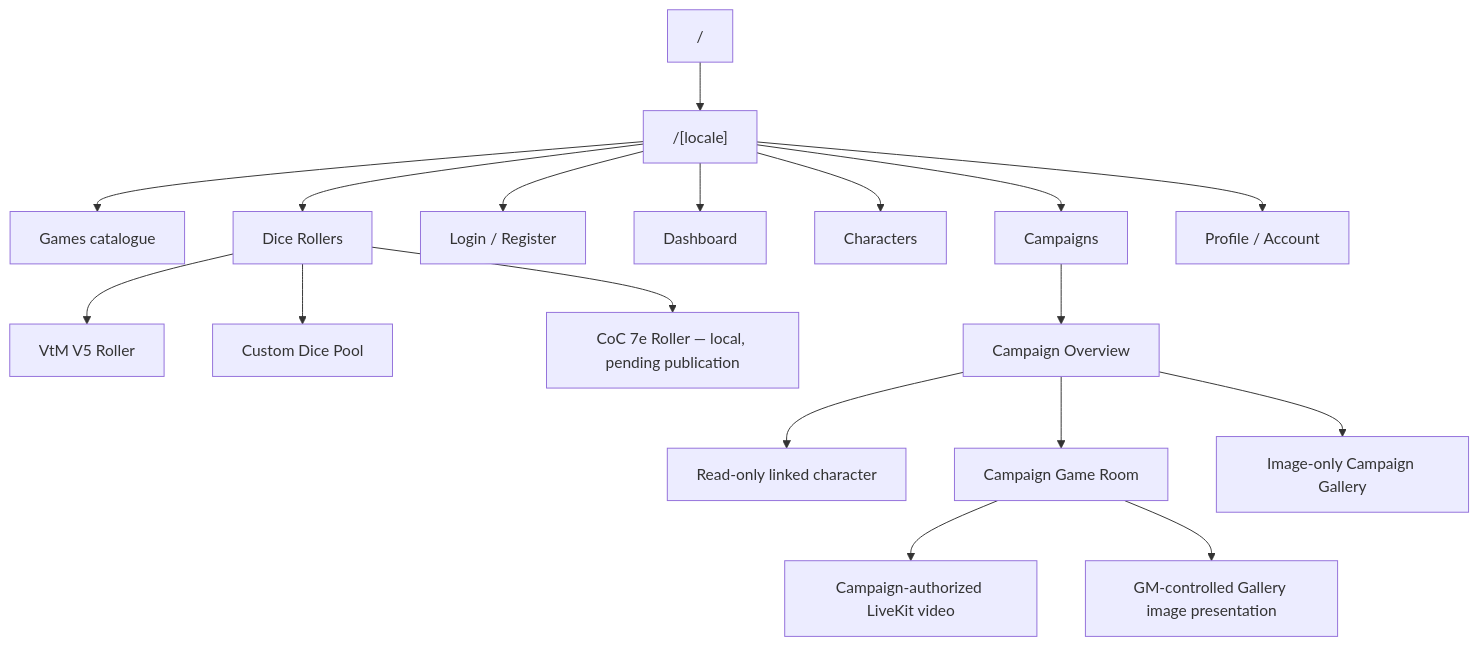
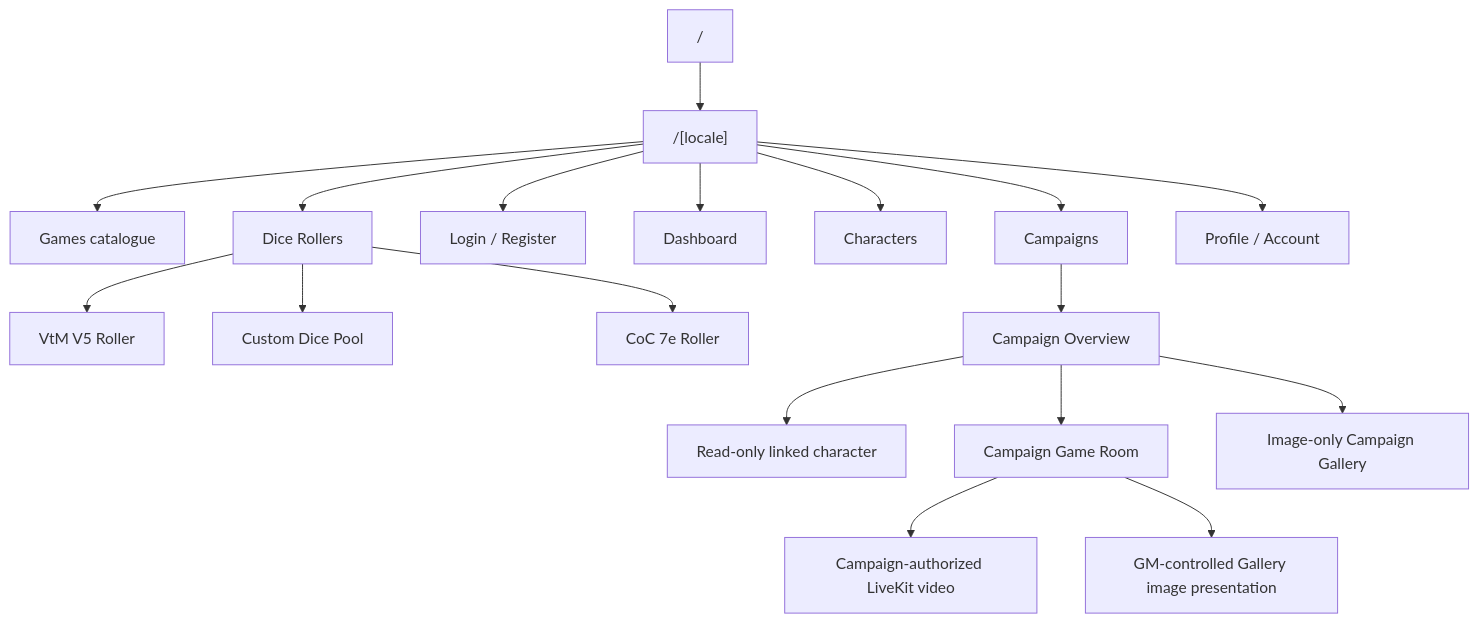
Before and after one commit to Andrey-0101/ttrpg-website: the first of 2 diagrams in docs/product/SITE_MAP.md, drawn with Mermaid. The commit also changed other lines of this file and 50 other files, not shown here.

First line of the commit message:
Refine dice roller navigation and history UX (#47)

````diff
--- a/docs/product/SITE_MAP.md
+++ b/docs/product/SITE_MAP.md
@@ -9,20 +9,20 @@
 ```mermaid
 flowchart TD
     ROOT["/"] --> LOCALE["/[locale]"]
     LOCALE --> GAMES["Games catalogue"]
     LOCALE --> DICE["Dice Rollers"]
     LOCALE --> AUTH["Login / Register"]
     LOCALE --> DASHBOARD["Dashboard"]
     LOCALE --> CHARACTERS["Characters"]
     LOCALE --> CAMPAIGNS["Campaigns"]
     LOCALE --> PROFILE["Profile / Account"]
     DICE --> VTM_DICE["VtM V5 Roller"]
     DICE --> CUSTOM_DICE["Custom Dice Pool"]
-    DICE --> COC_DICE["CoC 7e Roller — local, pending publication"]
+    DICE --> COC_DICE["CoC 7e Roller"]
     CAMPAIGNS --> CAMPAIGN["Campaign Overview"]
     CAMPAIGN --> SHARED_CHARACTER["Read-only linked character"]
     CAMPAIGN --> GAME_ROOM["Campaign Game Room"]
     CAMPAIGN --> GALLERY["Image-only Campaign Gallery"]
     GAME_ROOM --> VIDEO["Campaign-authorized LiveKit video"]
     GAME_ROOM --> DISPLAY["GM-controlled Gallery image presentation"]
 ```
````
